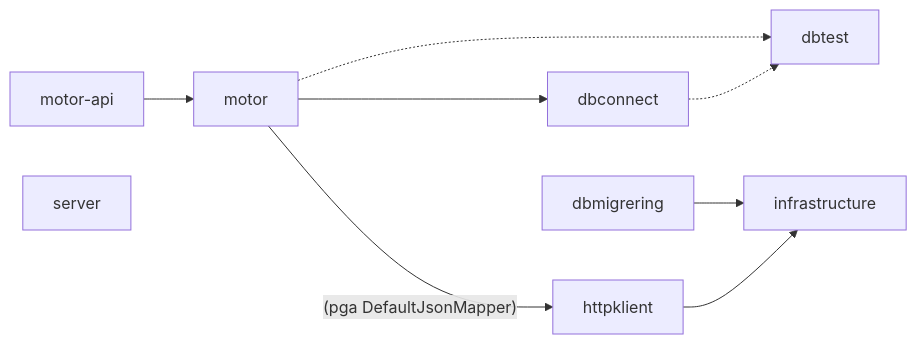
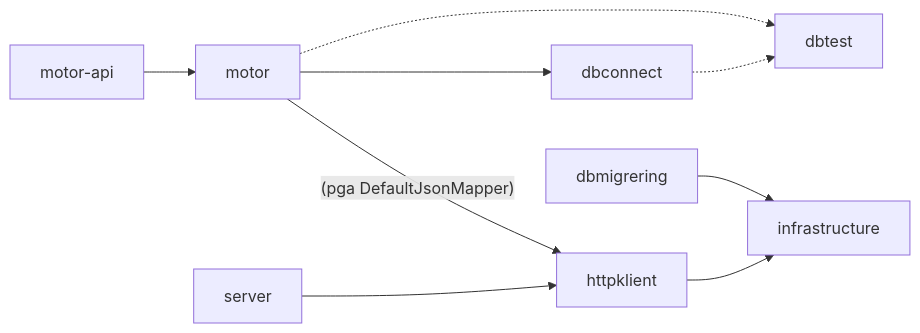
The first of 4 diagrams in docs/teknisk/felles_komponenter.md (navikt/aap-intern-sysdok), drawn with Mermaid before and after one commit.

Commit message:
Server-modul avhenger av httpklient

````diff
--- a/docs/teknisk/felles_komponenter.md
+++ b/docs/teknisk/felles_komponenter.md
@@ -10,11 +10,11 @@
 ```mermaid
 flowchart LR
     motor --> dbconnect
     motor -.-> dbtest
     motor-api --> motor
     motor -- (pga DefaultJsonMapper) --> httpklient
     dbconnect -.-> dbtest
     dbmigrering --> infrastructure
     httpklient --> infrastructure
-    server
+    server --> httpklient
 ```
````
